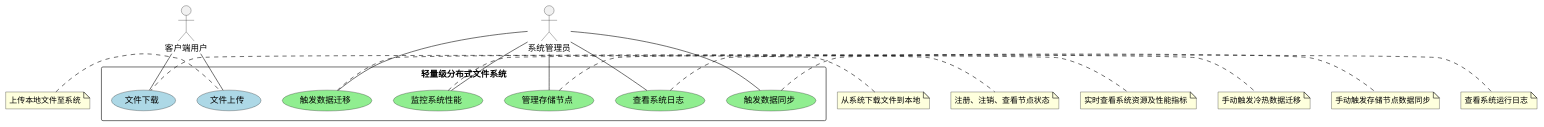
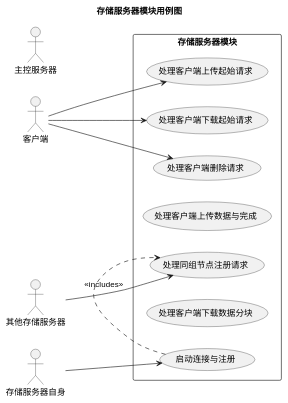
One commit to errlst/dfs changed the third of 3 diagrams in doc/puml/用例.puml. Above: the diagram before and after it, drawn with PlantUML. The commit also changed other lines of this file and 6 other files, not shown here.

```diff
--- a/doc/puml/用例.puml
+++ b/doc/puml/用例.puml
@@ -1,32 +49,34 @@
 @startuml
-actor "客户端用户" as ClientUser
-actor "系统管理员" as Admin
+title 存储服务器模块用例图
 
-rectangle "轻量级分布式文件系统" {
-    usecase "文件上传" as Upload #LightBlue
-    usecase "文件下载" as Download #LightBlue
-    usecase "管理存储节点" as ManageNodes #LightGreen
-    usecase "监控系统性能" as MonitorPerf #LightGreen
-    usecase "触发数据迁移" as TriggerMigrate #LightGreen
-    usecase "触发数据同步" as TriggerSync #LightGreen
-    usecase "查看系统日志" as ViewLogs #LightGreen
+left to right direction
 
-    ClientUser -- Upload
-    ClientUser -- Download
+' 与存储服务器模块交互的参与者
+actor "主控服务器" as MasterServerActor
+actor "客户端" as ClientActor
+actor "其他存储服务器" as OtherStorageServerActor
 
-    Admin -- ManageNodes
-    Admin -- MonitorPerf
-    Admin -- TriggerMigrate
-    Admin -- TriggerSync
-    Admin -- ViewLogs
+rectangle "存储服务器模块" {
+  usecase "启动连接与注册" as UC_S_StartReg
+  usecase "处理同组节点注册请求" as UC_S_HandlePeerReg
+  usecase "处理客户端上传起始请求" as UC_S_UploadStart
+  usecase "处理客户端上传数据与完成" as UC_S_UploadData
+  usecase "处理客户端下载起始请求" as UC_S_DownloadStart
+  usecase "处理客户端下载数据分块" as UC_S_DownloadData
+  usecase "处理客户端删除请求" as UC_S_DeleteRequest
 }
 
-note left of Upload: 上传本地文件至系统
-note left of Download: 从系统下载文件到本地
-note right of ManageNodes: 注册、注销、查看节点状态
-note right of MonitorPerf: 实时查看系统资源及性能指标
-note right of TriggerMigrate: 手动触发冷热数据迁移
-note right of TriggerSync: 手动触发存储节点数据同步
-note right of ViewLogs: 查看系统运行日志
+' 参与者与存储服务器模块用例的关联
+actor "存储服务器自身" as StorageSelf
+StorageSelf --> UC_S_StartReg
 
+ClientActor --> UC_S_UploadStart
+ClientActor --> UC_S_DownloadStart
+ClientActor --> UC_S_DeleteRequest
+OtherStorageServerActor --> UC_S_HandlePeerReg
+
+' 模块内部的 <<includes>> 关系仍然保留 (如果存在)
+UC_S_StartReg .> UC_S_HandlePeerReg : <<includes>>
+
+' 移除所有指向其他模块的 <<includes>> 关系
 @enduml
```
